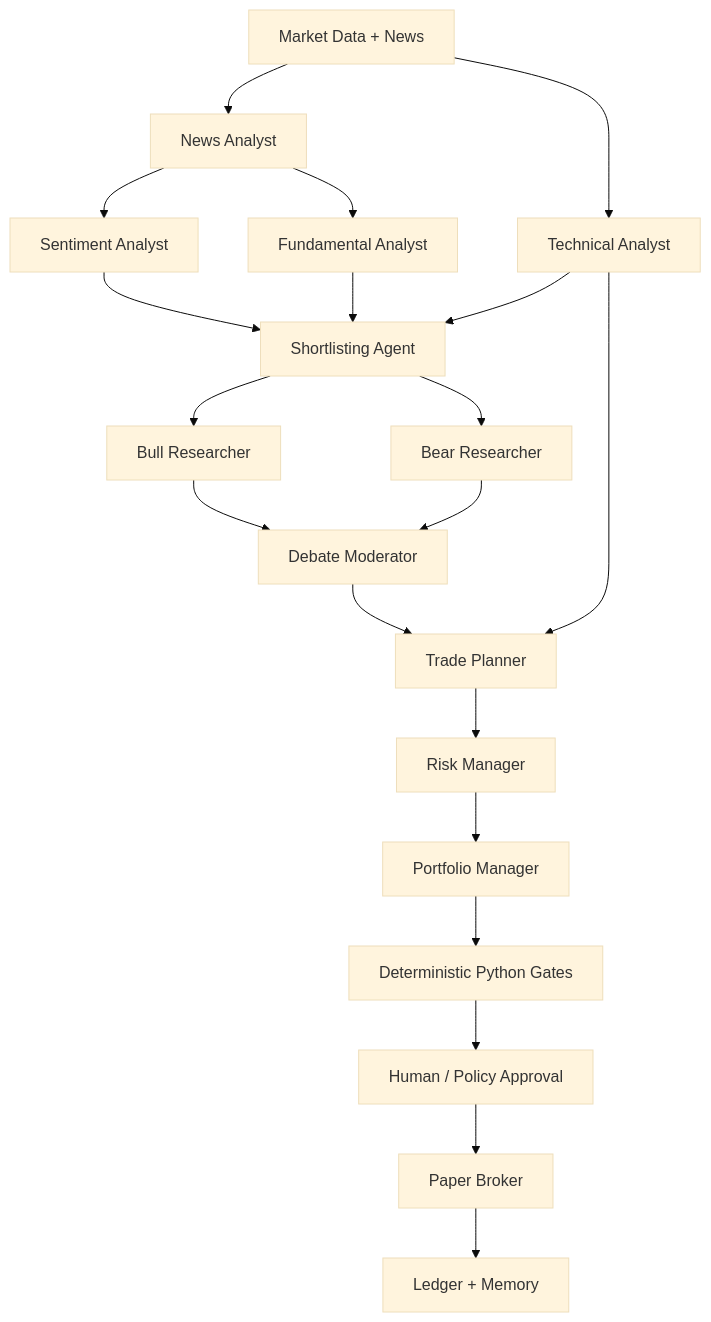
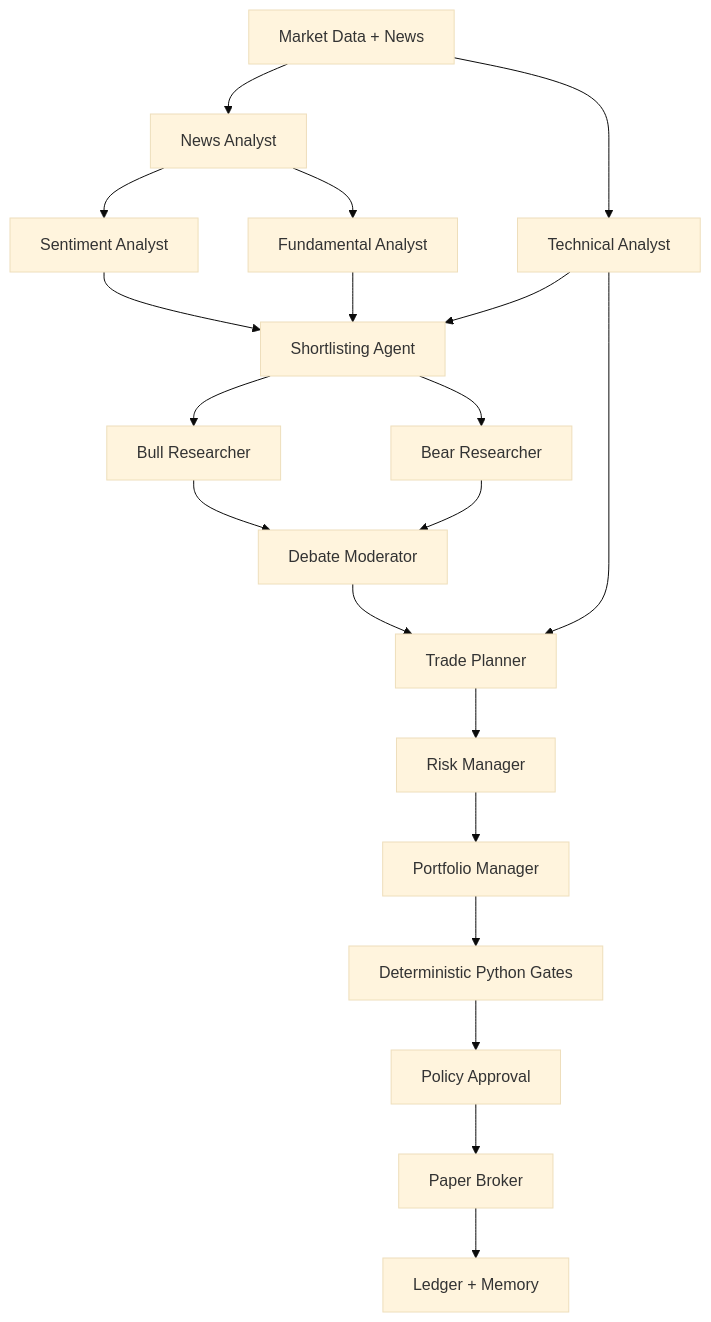
Before and after one commit to dhyan-adden/TradingBot: the first of 3 diagrams in README.md, drawn with Mermaid (base theme). The commit also changed other lines of this file, not shown here.

````diff
--- a/README.md
+++ b/README.md
@@ -90,32 +90,32 @@
 ```mermaid id="m1emtr"
 flowchart TD
 
     DATA[Market Data + News]
 
     DATA --> NEWS[News Analyst]
     NEWS --> SENT[Sentiment Analyst]
     NEWS --> FUND[Fundamental Analyst]
     DATA --> TECH[Technical Analyst]
 
     SENT --> SHORT[Shortlisting Agent]
     FUND --> SHORT
     TECH --> SHORT
 
     SHORT --> BULL[Bull Researcher]
     SHORT --> BEAR[Bear Researcher]
 
     BULL --> DEBATE[Debate Moderator]
     BEAR --> DEBATE
 
     DEBATE --> TRADER[Trade Planner]
     TECH --> TRADER
 
     TRADER --> RISK[Risk Manager]
     RISK --> PM[Portfolio Manager]
 
     PM --> GATES[Deterministic Python Gates]
-    GATES --> APPROVAL[Human / Policy Approval]
+    GATES --> APPROVAL[Policy Approval]
     APPROVAL --> BROKER[Paper Broker]
 
     BROKER --> MEMORY[Ledger + Memory]
 ```
````
